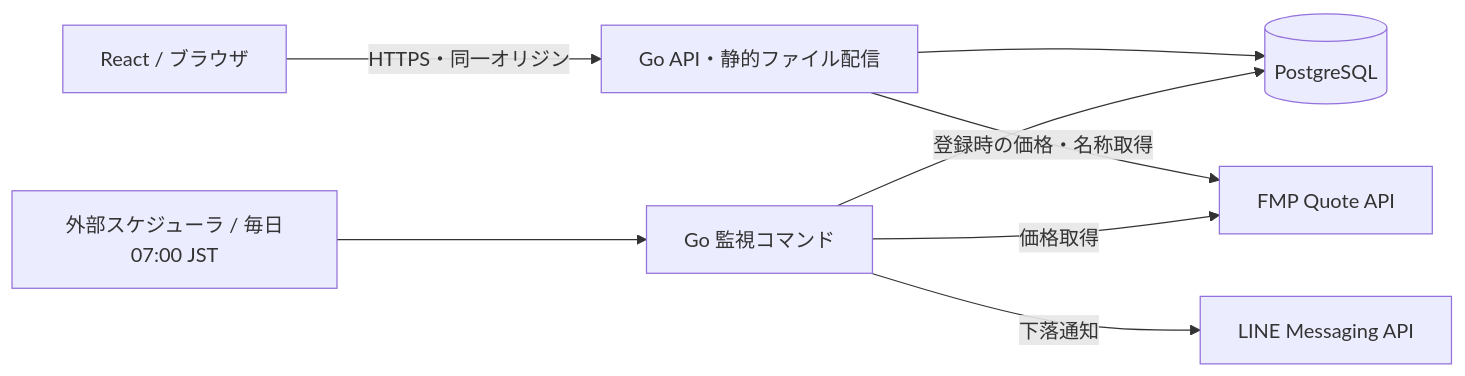
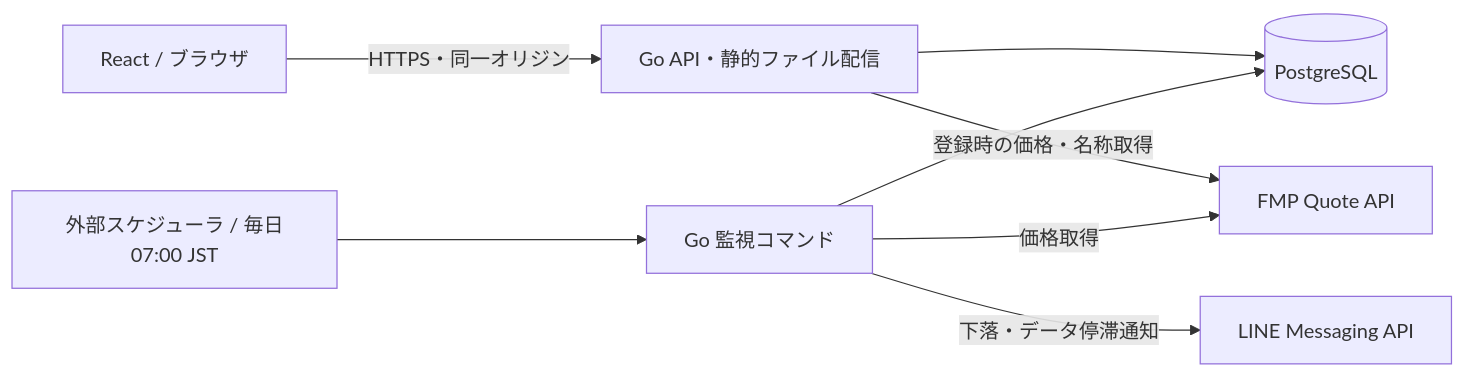
Before and after one commit to hisho-123/stock_notification_docs: the diagram in README.md, drawn with Mermaid. The commit also changed other lines of this file and 13 other files, not shown here.

````diff
--- a/README.md
+++ b/README.md
@@ -21,10 +21,10 @@
 ```mermaid
 flowchart LR
     Browser[React / ブラウザ] -->|HTTPS・同一オリジン| Web[Go API・静的ファイル配信]
     Web --> DB[(PostgreSQL)]
     Web -->|登録時の価格・名称取得| FMP[FMP Quote API]
     Scheduler[外部スケジューラ / 毎日07:00 JST] --> Monitor[Go 監視コマンド]
     Monitor --> DB
     Monitor -->|価格取得| FMP
-    Monitor -->|下落通知| LINE[LINE Messaging API]
+    Monitor -->|下落・データ停滞通知| LINE[LINE Messaging API]
 ```
````
